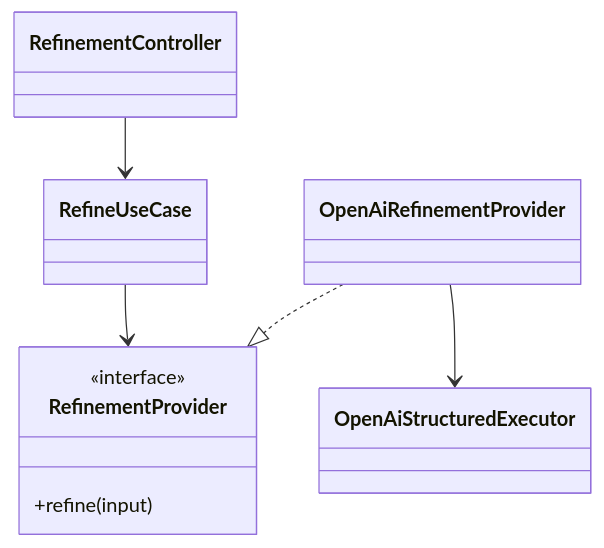
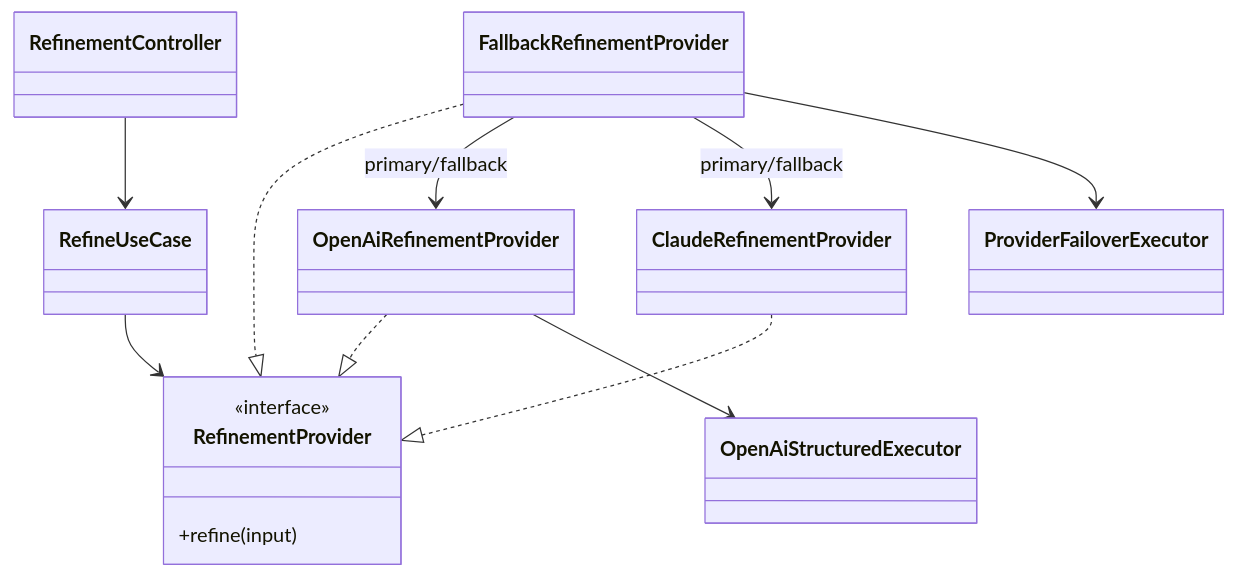
One commit to gustavoarielms/ai-orchestrator changed the diagram in docs/diagrams/refinement-class-diagram.md. Above: the diagram before and after it, drawn with Mermaid. The commit also changed 4 other files, not shown here.

First line of the commit message:
docs(architecture): align diagrams and docs with shared failover strategy

````diff
--- a/docs/diagrams/refinement-class-diagram.md
+++ b/docs/diagrams/refinement-class-diagram.md
@@ -3,19 +3,28 @@
 ```mermaid
 classDiagram
     class RefinementController
     class RefineUseCase
     class OpenAiStructuredExecutor
+    class ProviderFailoverExecutor
 
     class RefinementProvider {
       <<interface>>
       +refine(input)
     }
 
     class OpenAiRefinementProvider
+    class ClaudeRefinementProvider
+    class FallbackRefinementProvider
 
     RefinementController --> RefineUseCase
     RefineUseCase --> RefinementProvider
 
     OpenAiRefinementProvider ..|> RefinementProvider
+    ClaudeRefinementProvider ..|> RefinementProvider
+    FallbackRefinementProvider ..|> RefinementProvider
+
     OpenAiRefinementProvider --> OpenAiStructuredExecutor
+    FallbackRefinementProvider --> OpenAiRefinementProvider : primary/fallback
+    FallbackRefinementProvider --> ClaudeRefinementProvider : primary/fallback
+    FallbackRefinementProvider --> ProviderFailoverExecutor
 ```
````
